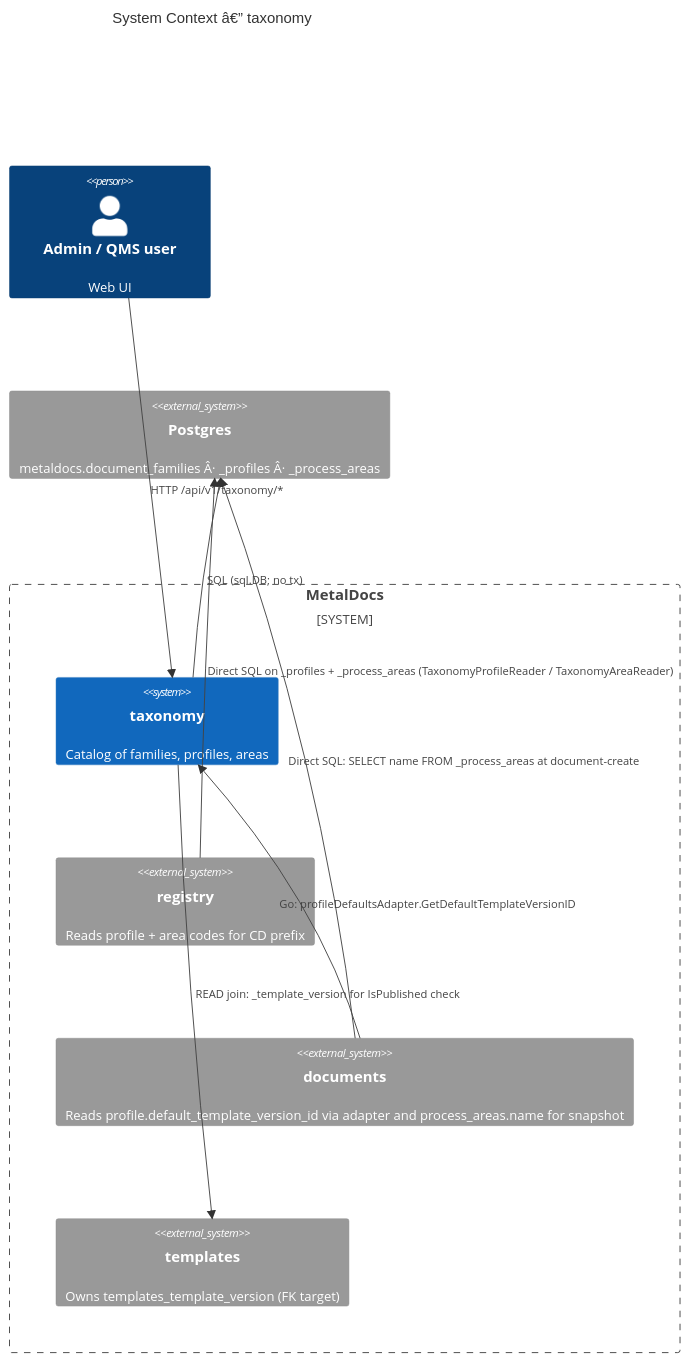
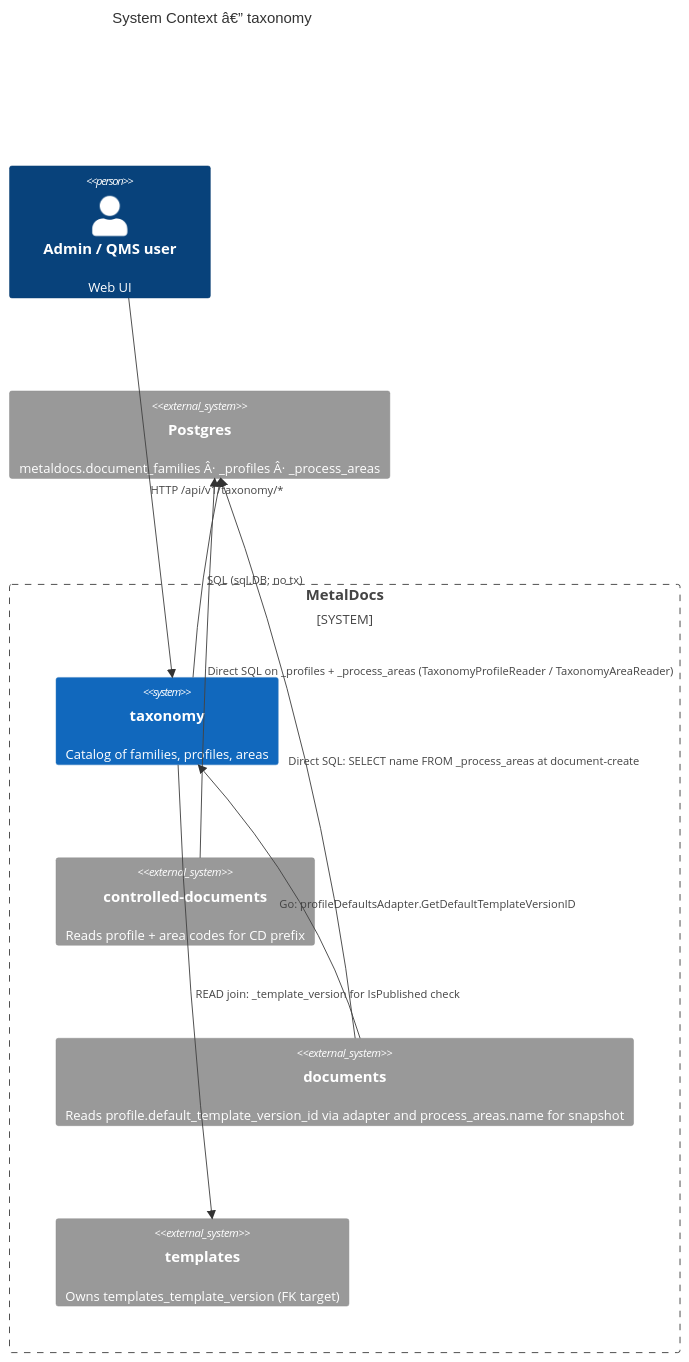
One commit to developmentconexus-ops/MetalDocs changed the first of 5 diagrams in wiki/modules/taxonomy.md. Above: the diagram before and after it, drawn with Mermaid. The commit also changed other lines of this file and 18 other files, not shown here.

````diff
--- a/wiki/modules/taxonomy.md
+++ b/wiki/modules/taxonomy.md
@@ -70,18 +70,18 @@
 ```mermaid
 C4Context
     title System Context â€” taxonomy
     Person(admin, "Admin / QMS user", "Web UI")
     System_Boundary(b1, "MetalDocs") {
         System(taxonomy, "taxonomy", "Catalog of families, profiles, areas")
-        System_Ext(registry, "registry", "Reads profile + area codes for CD prefix")
+        System_Ext(controlledDocuments, "controlled-documents", "Reads profile + area codes for CD prefix")
         System_Ext(documents, "documents", "Reads profile.default_template_version_id via adapter and process_areas.name for snapshot")
         System_Ext(templates, "templates", "Owns templates_template_version (FK target)")
     }
     System_Ext(pg, "Postgres", "metaldocs.document_families Â· _profiles Â· _process_areas")
     Rel(admin, taxonomy, "HTTP /api/v1/taxonomy/*")
     Rel(taxonomy, pg, "SQL (sql.DB; no tx)")
-    Rel(registry, pg, "Direct SQL on _profiles + _process_areas (TaxonomyProfileReader / TaxonomyAreaReader)")
+    Rel(controlledDocuments, pg, "Direct SQL on _profiles + _process_areas (TaxonomyProfileReader / TaxonomyAreaReader)")
     Rel(documents, taxonomy, "Go: profileDefaultsAdapter.GetDefaultTemplateVersionID")
     Rel(documents, pg, "Direct SQL: SELECT name FROM _process_areas at document-create")
     Rel(taxonomy, templates, "READ join: _template_version for IsPublished check")
 ```
````
